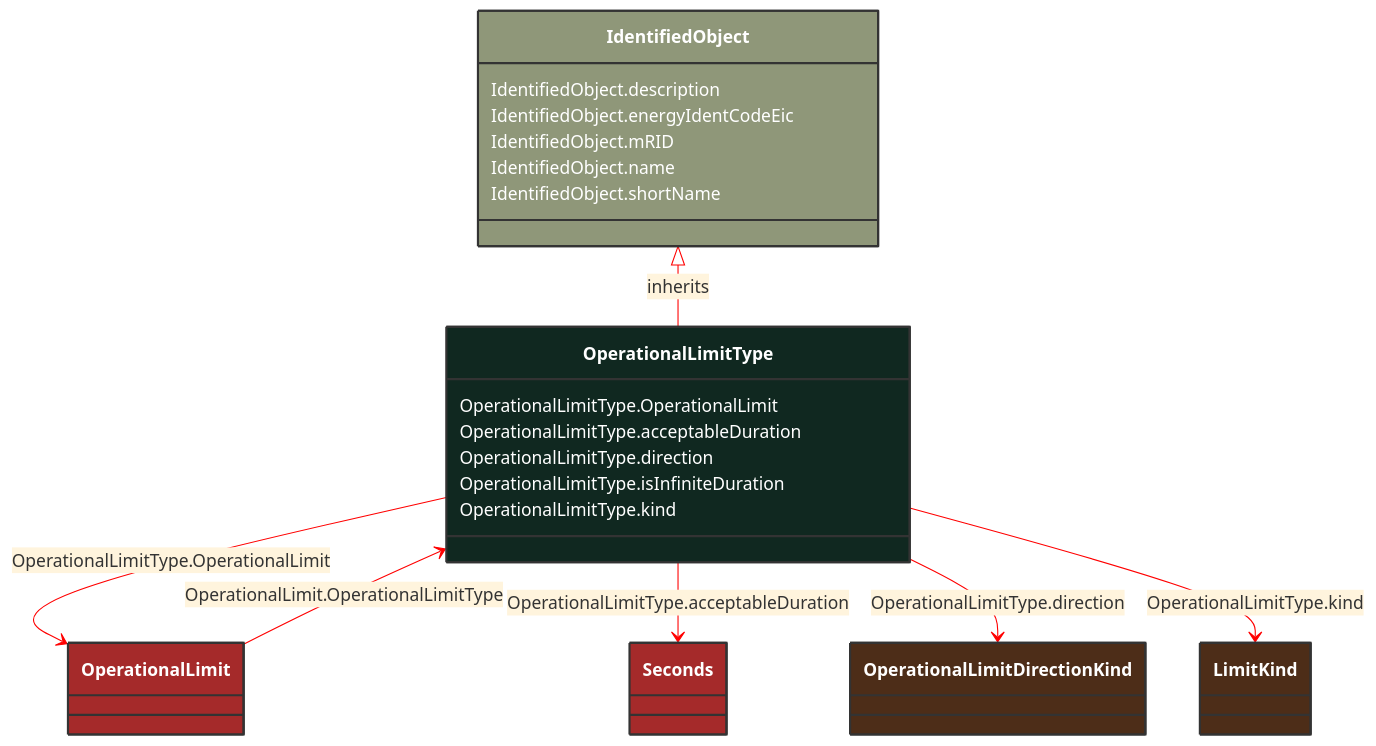
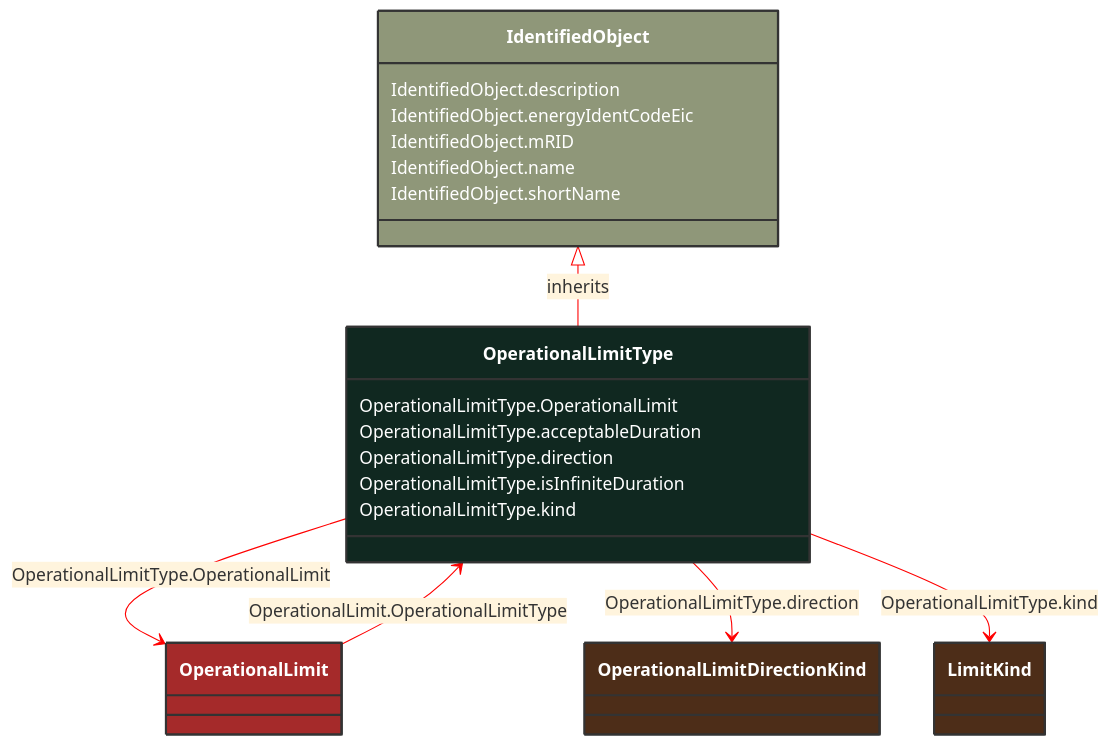
Before and after one commit to 3lbits/NoCIMExtensions: the diagram in docs/Models/Profiles/CoreEquipment/ConcreteClasses/OperationalLimitType.md, drawn with Mermaid. The commit also changed other lines of this file and 397 other files, not shown here.

First line of the commit message:
Refactor CIM schemas to introduce abstract classes and consolidate data types

````diff
--- a/docs/Models/Profiles/CoreEquipment/ConcreteClasses/OperationalLimitType.md
+++ b/docs/Models/Profiles/CoreEquipment/ConcreteClasses/OperationalLimitType.md
@@ -8,50 +8,45 @@
 ```mermaid
 %%{init: {'theme':'base','themeVariables': {'lineColor': '#FF0000'}}}%%
 classDiagram
     class OperationalLimitType
     click OperationalLimitType href "/Models/Profiles/CoreEquipment/ConcreteClasses/OperationalLimitType/"
     style OperationalLimitType fill:#102820,stroke:#333,stroke-width:2px,rx:10,ry:10,color:white
      
         IdentifiedObject <|-- OperationalLimitType : inherits
-            click IdentifiedObject href "/Models/Profiles/CoreEquipment/ConcreteClasses/IdentifiedObject/"
+            click IdentifiedObject href "/Models/Profiles/CoreEquipment/AbstractClasses/IdentifiedObject/"
             style IdentifiedObject fill:#8F9779,stroke:#333,stroke-width:2px,rx:10,ry:10,color:white
 
         OperationalLimitType --> OperationalLimit : OperationalLimitType.OperationalLimit
 
         OperationalLimit
-            click OperationalLimit href "/Models/Profiles/CoreEquipment/ConcreteClasses/OperationalLimit/"
+            click OperationalLimit href "/Models/Profiles/CoreEquipment/AbstractClasses/OperationalLimit/"
             style OperationalLimit fill:#A52A2A,stroke:#333,stroke-width:2px,rx:10,ry:10,color:white
-        OperationalLimitType --> Seconds : OperationalLimitType.acceptableDuration
-
-        Seconds
-            click Seconds href "/Models/Profiles/CoreEquipment/ConcreteClasses/Seconds/"
-            style Seconds fill:#A52A2A,stroke:#333,stroke-width:2px,rx:10,ry:10,color:white
 
         OperationalLimit --> OperationalLimitType : OperationalLimit.OperationalLimitType
 
         OperationalLimit
-            click OperationalLimit href "/Models/Profiles/CoreEquipment/ConcreteClasses/OperationalLimit/"
+            click OperationalLimit href "/Models/Profiles/CoreEquipment/AbstractClasses/OperationalLimit/"
             style OperationalLimit fill:#A52A2A,stroke:#333,stroke-width:2px,rx:10,ry:10,color:white
 
         OperationalLimitType --> OperationalLimitDirectionKind : OperationalLimitType.direction
 
         OperationalLimitDirectionKind
             click OperationalLimitDirectionKind href "/Models/Profiles/CoreEquipment/Enumerations/OperationalLimitDirectionKind/"
             style OperationalLimitDirectionKind fill:#4D2D18,stroke:#333,stroke-width:2px,rx:10,ry:10,color:white
         OperationalLimitType --> LimitKind : OperationalLimitType.kind
 
         LimitKind
             click LimitKind href "/Models/Profiles/CoreEquipment/Enumerations/LimitKind/"
             style LimitKind fill:#4D2D18,stroke:#333,stroke-width:2px,rx:10,ry:10,color:white
 
         OperationalLimitType : OperationalLimitType.OperationalLimit
         OperationalLimitType : OperationalLimitType.acceptableDuration
         OperationalLimitType : OperationalLimitType.direction
         OperationalLimitType : OperationalLimitType.isInfiniteDuration
         OperationalLimitType : OperationalLimitType.kind
         IdentifiedObject : IdentifiedObject.description
         IdentifiedObject : IdentifiedObject.energyIdentCodeEic
         IdentifiedObject : IdentifiedObject.mRID
         IdentifiedObject : IdentifiedObject.name
         IdentifiedObject : IdentifiedObject.shortName
 ```
````
